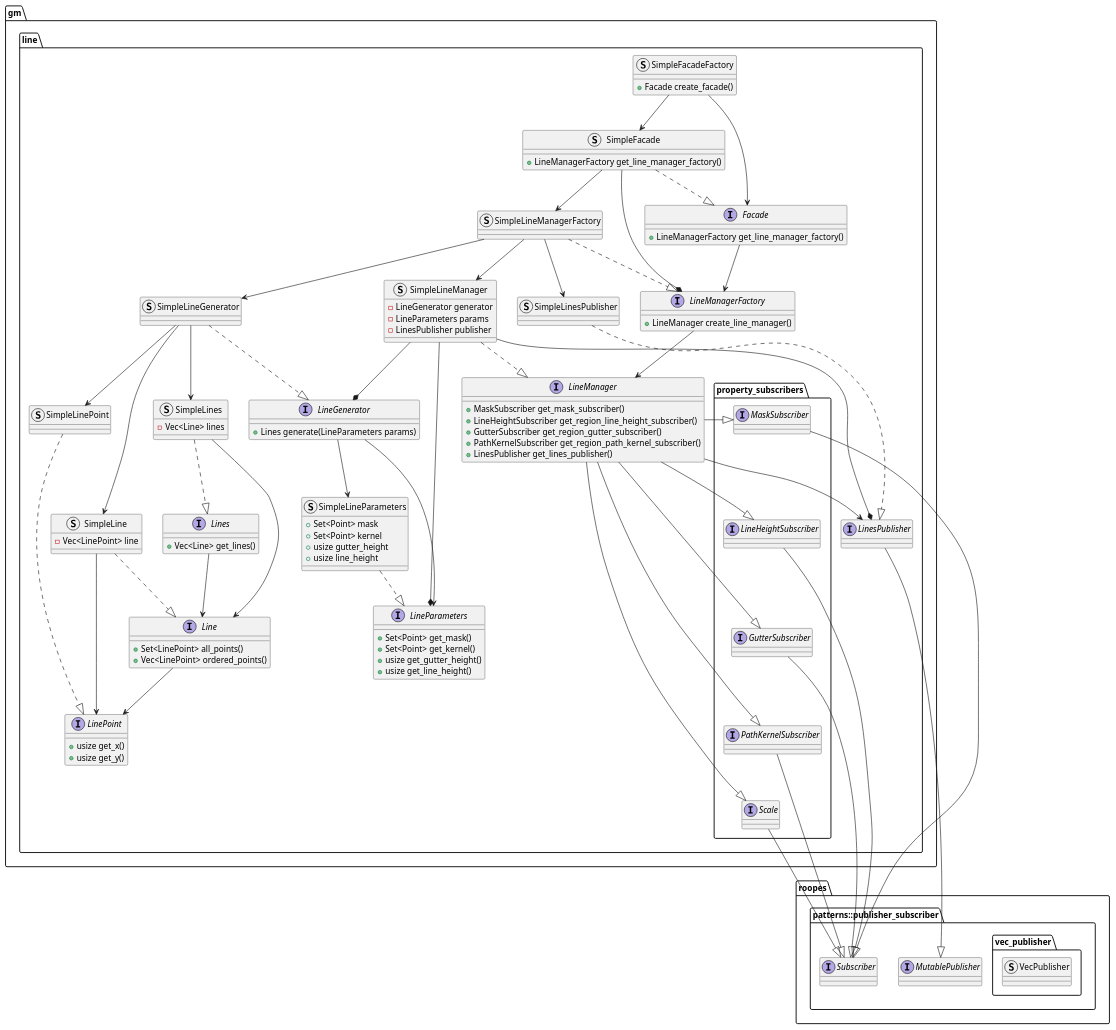
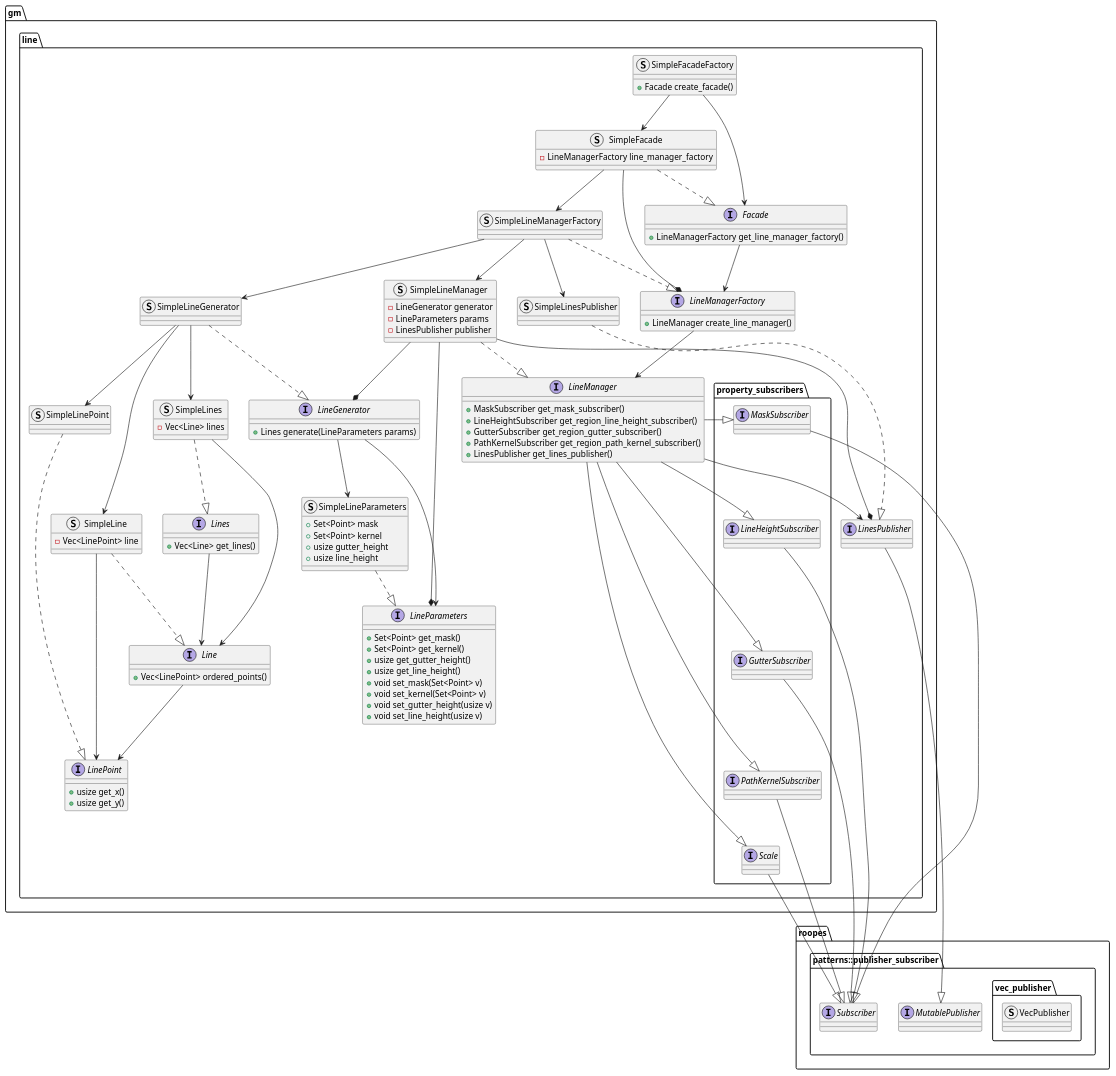
One commit to zwerdlds/GlyphMosaic changed the diagram in documentation/Specification/diagrams/subsystems/line/intra.plantuml. Above: the diagram before and after it, drawn with PlantUML.

Commit message:
docs: line params mutable; facade field privatized

```diff
--- a/documentation/Specification/diagrams/subsystems/line/intra.plantuml
+++ b/documentation/Specification/diagrams/subsystems/line/intra.plantuml
@@ -1,179 +1,182 @@
 @startuml intra
 skinparam componentStyle uml1
 
 package "gm" as gm {
     package "line" as lin {
         interface "LineManagerFactory" as linlmf {
             + LineManager create_line_manager()
         }
 
         struct "SimpleLineManagerFactory" as linslmf {}
 
         struct "SimpleLineManager" as linslm {
             - LineGenerator generator
             - LineParameters params
             - LinesPublisher publisher
         }
 
         interface "LineManager" as linlm {
             + MaskSubscriber get_mask_subscriber()
             + LineHeightSubscriber get_region_line_height_subscriber()
             + GutterSubscriber get_region_gutter_subscriber()
             + PathKernelSubscriber get_region_path_kernel_subscriber()
             + LinesPublisher get_lines_publisher()
         }
 
         struct "SimpleFacadeFactory" as linsff {
             + Facade create_facade()
         }
 
         interface "Facade" as linf {
             + LineManagerFactory get_line_manager_factory()
         }
 
         struct "SimpleFacade" as linsf {
-            + LineManagerFactory get_line_manager_factory()
+            - LineManagerFactory line_manager_factory
         }
 
         interface "Line" as linl {
-            + Set<LinePoint> all_points()
             + Vec<LinePoint> ordered_points()
         }
 
         struct "SimpleLine" as linsl {
             - Vec<LinePoint> line
         }
 
         struct "SimpleLines" as linsls {
             - Vec<Line> lines
         }
 
         interface "Lines" as linls {
             + Vec<Line> get_lines()
         }
 
         interface "LinePoint" as linlpt {
             + usize get_x()
             + usize get_y()
         }
 
         struct "SimpleLinePoint" as linslpt {}
 
         package "property_subscribers" as linps {
             interface "MaskSubscriber" as linpsms {}
             interface "LineHeightSubscriber" as linpslhs {}
             interface "GutterSubscriber" as linpsgs {}
             interface "PathKernelSubscriber" as linpspks {}
             interface "Scale" as linpss {}
         }
 
         interface "LineGenerator" as linlg {
             + Lines generate(LineParameters params)
         }
 
         struct "SimpleLineGenerator" as linslg {}
 
         interface "LineParameters" as linlp {
             + Set<Point> get_mask()
             + Set<Point> get_kernel()
             + usize get_gutter_height()
             + usize get_line_height()
+            + void set_mask(Set<Point> v)
+            + void set_kernel(Set<Point> v)
+            + void set_gutter_height(usize v)
+            + void set_line_height(usize v)
         }
 
         struct "SimpleLineParameters" as linslp {
             + Set<Point> mask
             + Set<Point> kernel
             + usize gutter_height
             + usize line_height
         }
 
         struct "SimpleLinesPublisher" as linslsp {
 
         }
 
         interface "LinesPublisher" as linlsp {
         }
     }
 }
 
 package "roopes"  as roopes {
     package "patterns::publisher_subscriber" as rps {
         interface "MutablePublisher" as rpsmp
         interface "Subscriber" as rpss
 
         package "vec_publisher" as rpsvp {
             struct "VecPublisher" as rpsvpvp
         }
     }
 }
 
 linlmf --> linlm
 
 linsf --> linslmf
 
 linf --> linlmf
 
 linslmf --> linslm
 linslmf --> linslg
 linslmf --> linslsp
 
 linslm --* linlsp
 linslsp ..|> linlsp
 linlsp --|> rpsmp
 
 linlg --> linslp
 linlg --> linlp
 
 linslp ..|> linlp
 
 linsls --> linl
 linsls ..|> linls
 
 linslmf ..|> linlmf
 
 linsff --> linf
 linsff --> linsf
 
 linsf ..|> linf
 linsf --* linlmf
 
 linlm -r-|> linpsms
 linlm -r-|> linpslhs
 linlm -r-|> linpsgs
 linlm -r-|> linpspks
 linlm -r-|> linpss
 linlm --> linlsp
 
 
 linpsms -d[hidden]- linpslhs
 linpslhs -d[hidden]- linpsgs
 linpsgs -d[hidden]- linpspks
 linpspks -d[hidden]- linpss
 
 linslm ..|> linlm
 
 linpsms --|> rpss
 linpslhs --|> rpss
 linpsgs --|> rpss
 linpspks --|> rpss
 linpss --|> rpss
 
 linslg ..|> linlg
 
 linslm --* linlg
 linslm --* linlp
 
 linsl ..|> linl
 linsl --> linlpt
 
 linls --> linl
 linl --> linlpt
 
 linslpt ..|> linlpt
 
 linslg --> linsl
 linslg --> linsls
 linslg --> linslpt
 
 
 @enduml
```
